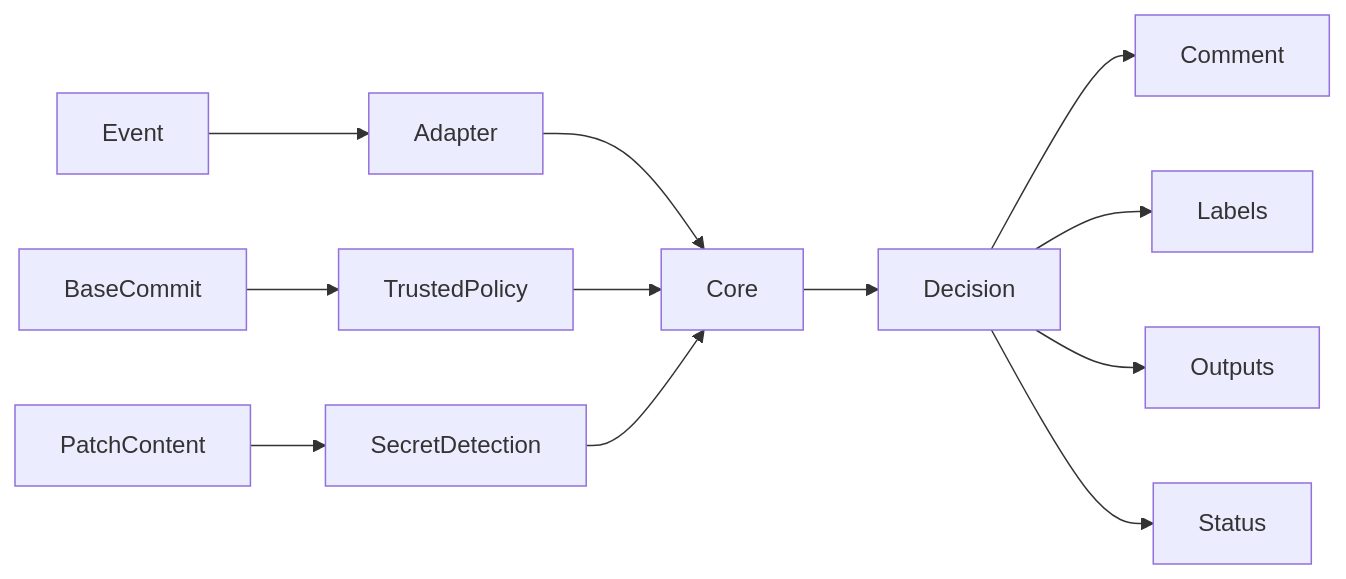
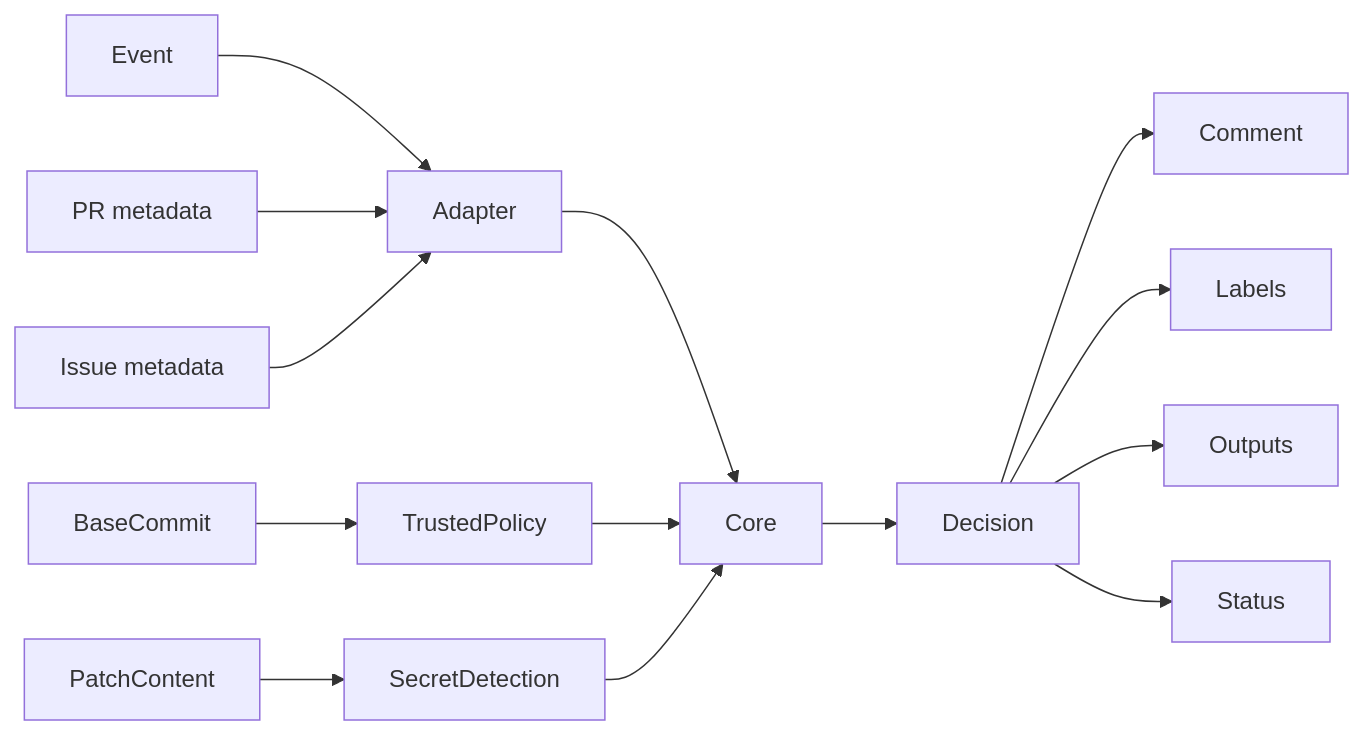
One commit to streamentry/AGENTOWNERS changed the first of 2 diagrams in packages/github-action/AGENTS.md. Above: the diagram before and after it, drawn with Mermaid. The commit also changed other lines of this file and 21 other files, not shown here.

````diff
--- a/packages/github-action/AGENTS.md
+++ b/packages/github-action/AGENTS.md
@@ -21,13 +21,15 @@
 ```mermaid
 flowchart LR
   Event --> Adapter
+  PR[PR metadata] --> Adapter
+  Issue[Issue metadata] --> Adapter
   BaseCommit --> TrustedPolicy
   Adapter --> Core
   TrustedPolicy --> Core
   PatchContent --> SecretDetection --> Core
   Core --> Decision
   Decision --> Comment
   Decision --> Labels
   Decision --> Outputs
   Decision --> Status
 ```
````
